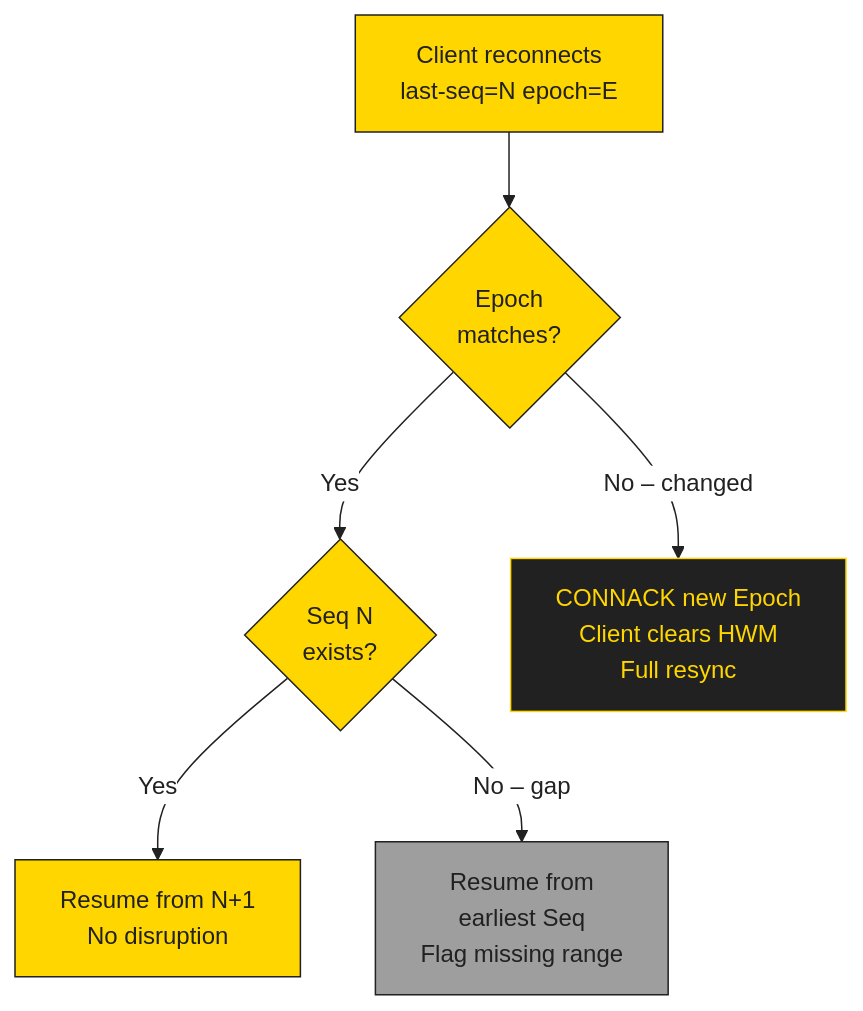
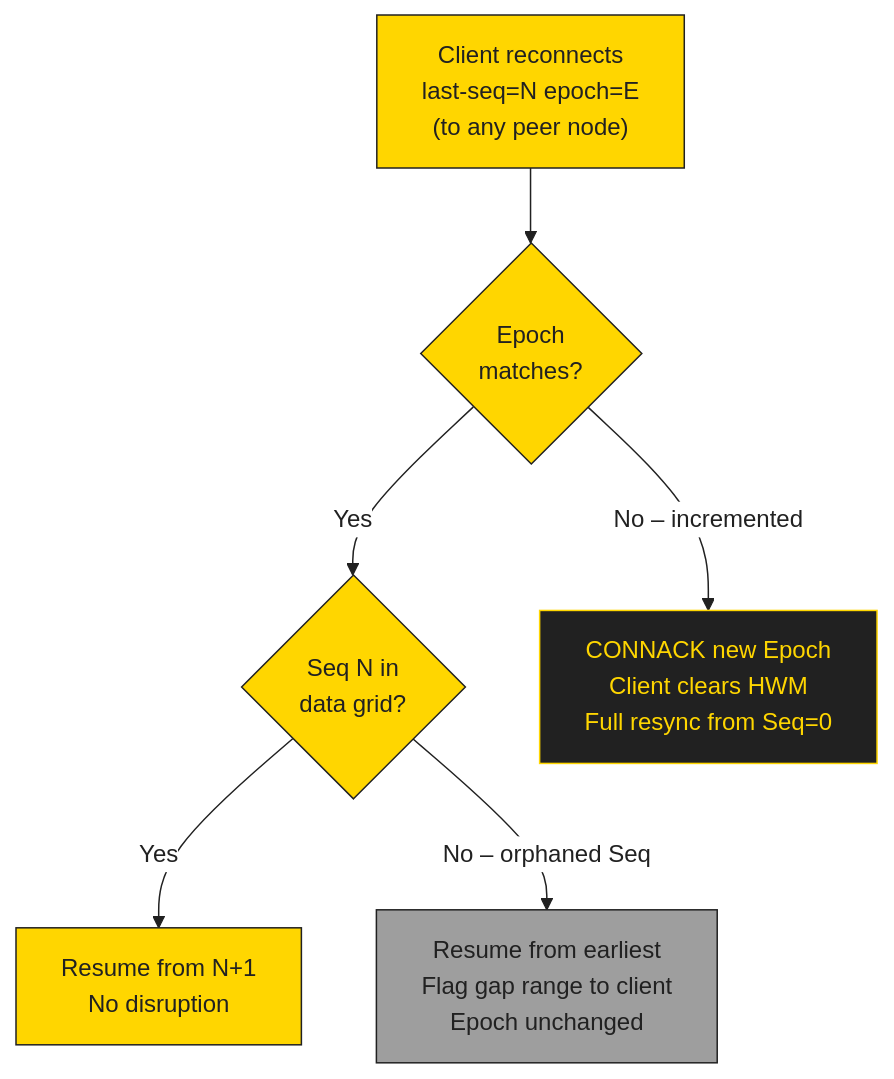
The sixth of 8 diagrams in docs/diagrams/cluster-failover.md (bsommers/mqtt-6.0-proposal), drawn with Mermaid before and after one commit. The commit also changed other lines of this file and 6 other files, not shown here.

````diff
--- a/docs/diagrams/cluster-failover.md
+++ b/docs/diagrams/cluster-failover.md
@@ -104,19 +133,19 @@
 ```mermaid
 %%{init:{'theme':'base','themeVariables':{'primaryColor':'#FFD600','primaryTextColor':'#212121','primaryBorderColor':'#212121','lineColor':'#212121','edgeLabelBackground':'#FFFFFF'}}}%%
 flowchart TD
-    RC["Client reconnects\nlast-seq=N epoch=E"] --> E{"Epoch\nmatches?"}
+    RC["Client reconnects\nlast-seq=N epoch=E\n(to any peer node)"] --> E{"Epoch\nmatches?"}
 
-    E -->|Yes| S{"Seq N\nexists?"}
-    E -->|No – changed| RESET["CONNACK new Epoch\nClient clears HWM\nFull resync"]
+    E -->|Yes| S{"Seq N in\ndata grid?"}
+    E -->|No – incremented| RESET["CONNACK new Epoch\nClient clears HWM\nFull resync from Seq=0"]
 
     S -->|Yes| RESUME["Resume from N+1\nNo disruption"]
-    S -->|No – gap| GAP["Resume from\nearliest Seq\nFlag missing range"]
+    S -->|No – orphaned Seq| GAP["Resume from earliest\nFlag gap range to client\nEpoch unchanged"]
 
     classDef ok fill:#FFD600,stroke:#212121,color:#212121
     classDef warn fill:#9E9E9E,stroke:#212121,color:#212121
     classDef crit fill:#212121,stroke:#FFD600,color:#FFD600
 
     class RESUME ok
     class GAP warn
     class RESET crit
 ```
````
